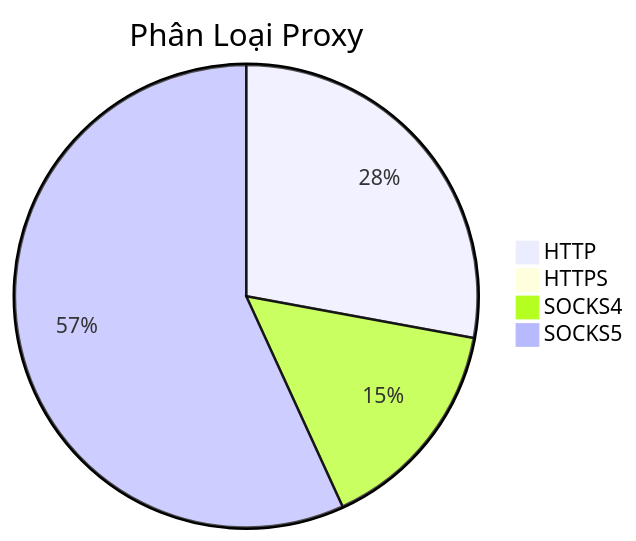
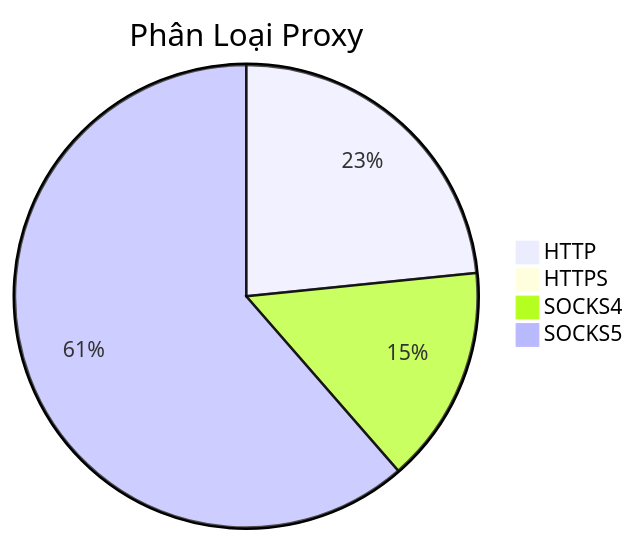
One commit to Ciara-12/PROXY-free changed the diagram in README.md. Above: the diagram before and after it, drawn with Mermaid. The commit also changed other lines of this file and 3 other files, not shown here.

````diff
--- a/README.md
+++ b/README.md
@@ -26,7 +26,7 @@
 ```mermaid
 pie title Phân Loại Proxy
-    "HTTP" : 765
+    "HTTP" : 643
     "HTTPS" : 1
-    "SOCKS4" : 419
-    "SOCKS5" : 1559
+    "SOCKS4" : 418
+    "SOCKS5" : 1688
 ```
````
